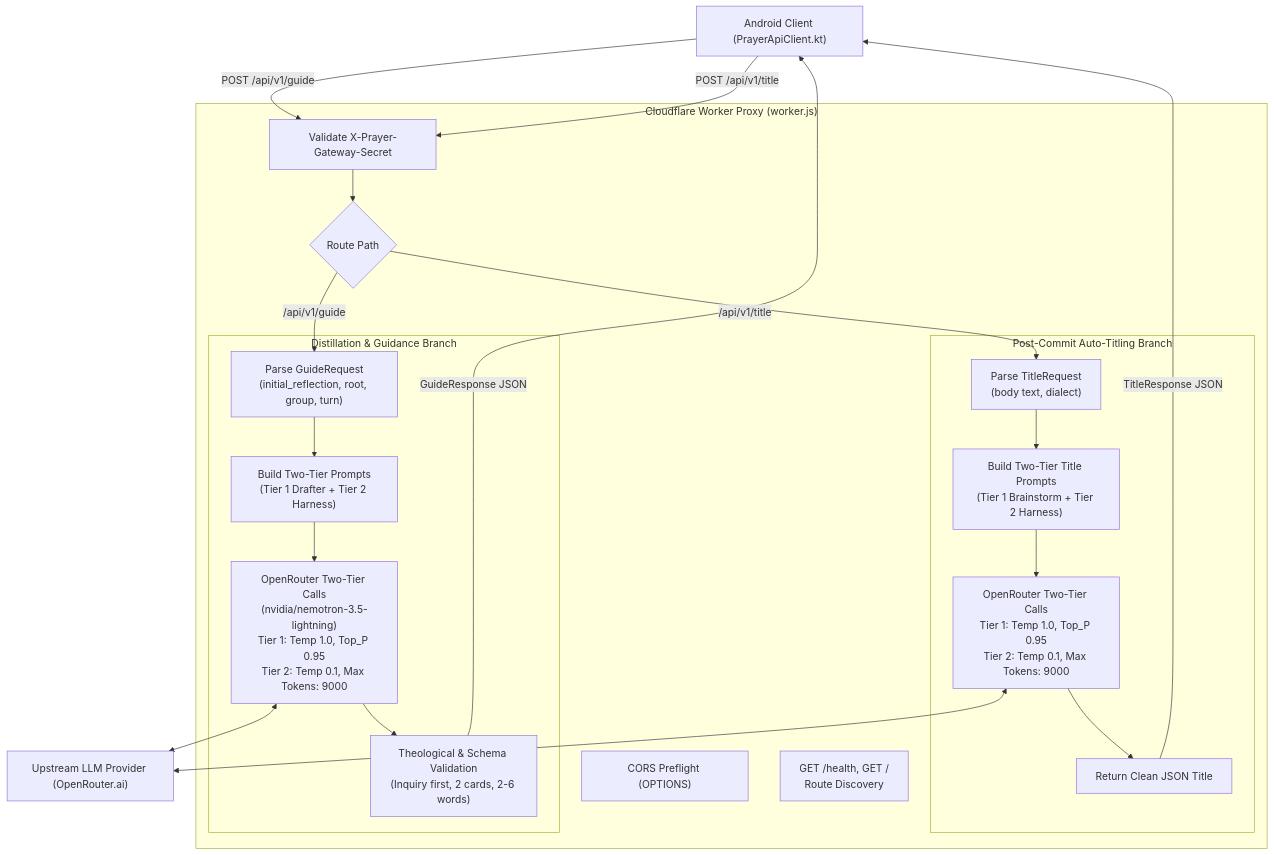
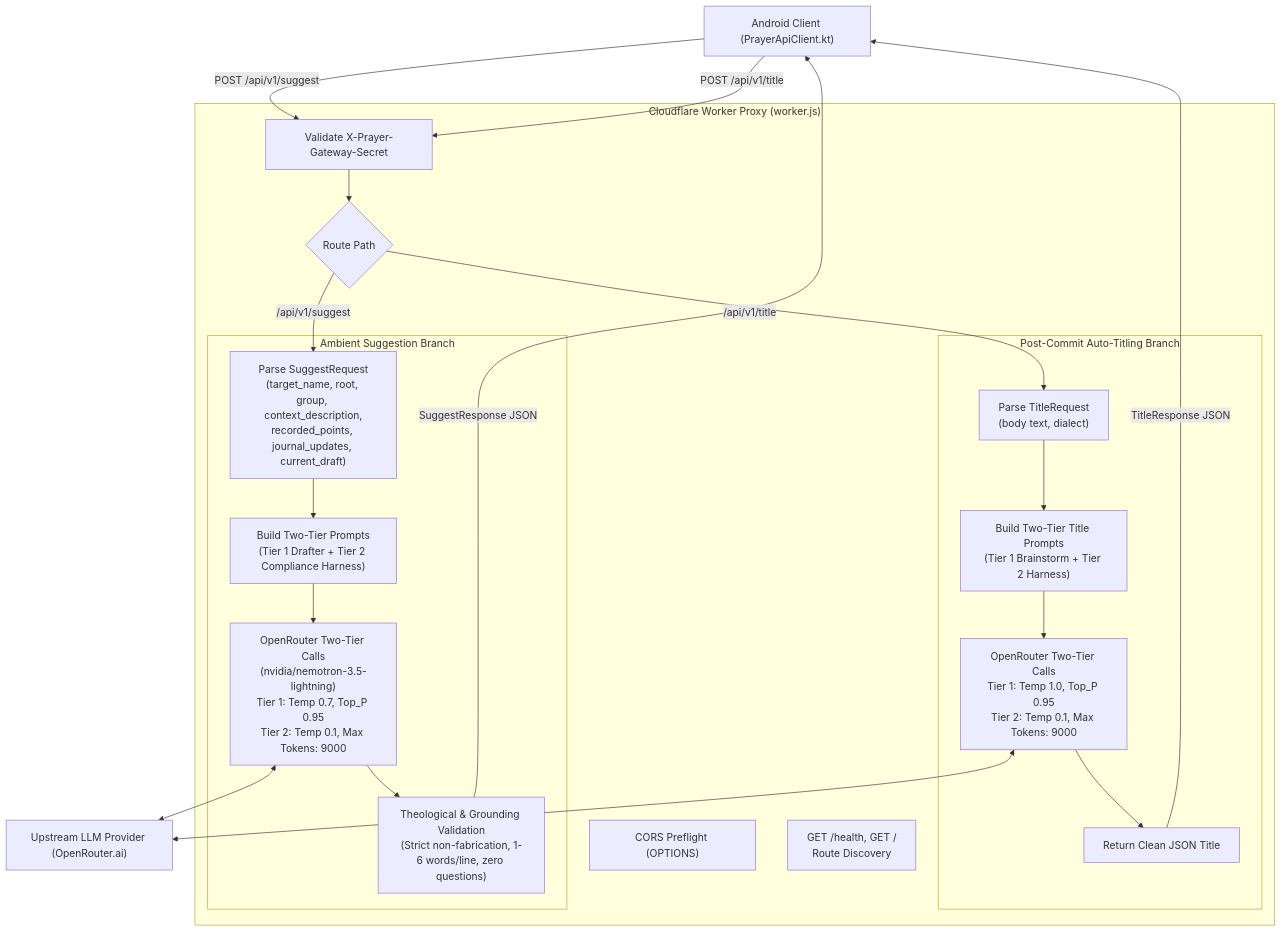
The fourth of 9 diagrams in planning/codebase_knowledge_graph.md (iamenianc/Prayer), drawn with Mermaid before and after one commit. The commit also changed other lines of this file and 5 other files, not shown here.

````diff
--- a/planning/codebase_knowledge_graph.md
+++ b/planning/codebase_knowledge_graph.md
@@ -206,45 +205,45 @@
 ```mermaid
 flowchart TD
     CLIENT["Android Client (PrayerApiClient.kt)"]
     
     subgraph CF_Worker ["Cloudflare Worker Proxy (worker.js)"]
         CORS["CORS Preflight (OPTIONS)"]
         HEALTH["GET /health, GET /<br/>Route Discovery"]
         AUTH["Validate X-Prayer-Gateway-Secret"]
         ROUTER{Route Path}
         
-        subgraph Guide_Branch ["Distillation & Guidance Branch"]
-            PARSE_GUIDE["Parse GuideRequest<br/>(initial_reflection, root, group, turn)"]
-            PROMPT_ASSISTANT["Build Two-Tier Prompts<br/>(Tier 1 Drafter + Tier 2 Harness)"]
-            CALL_GUIDE["OpenRouter Two-Tier Calls<br/>(nvidia/nemotron-3.5-lightning)<br/>Tier 1: Temp 1.0, Top_P 0.95<br/>Tier 2: Temp 0.1, Max Tokens: 9000"]
-            VALIDATE_GUIDE["Theological & Schema Validation<br/>(Inquiry first, 2 cards, 2-6 words)"]
+        subgraph Suggest_Branch ["Ambient Suggestion Branch"]
+            PARSE_SUGGEST["Parse SuggestRequest<br/>(target_name, root, group, context_description,<br/>recorded_points, journal_updates, current_draft)"]
+            PROMPT_SUGGEST["Build Two-Tier Prompts<br/>(Tier 1 Drafter + Tier 2 Compliance Harness)"]
+            CALL_SUGGEST["OpenRouter Two-Tier Calls<br/>(nvidia/nemotron-3.5-lightning)<br/>Tier 1: Temp 0.7, Top_P 0.95<br/>Tier 2: Temp 0.1, Max Tokens: 9000"]
+            VALIDATE_SUGGEST["Theological & Grounding Validation<br/>(Strict non-fabrication, 1-6 words/line, zero questions)"]
         end
 
         subgraph Title_Branch ["Post-Commit Auto-Titling Branch"]
             PARSE_TITLE["Parse TitleRequest<br/>(body text, dialect)"]
             PROMPT_TITLE["Build Two-Tier Title Prompts<br/>(Tier 1 Brainstorm + Tier 2 Harness)"]
             CALL_TITLE["OpenRouter Two-Tier Calls<br/>Tier 1: Temp 1.0, Top_P 0.95<br/>Tier 2: Temp 0.1, Max Tokens: 9000"]
             RETURN_TITLE["Return Clean JSON Title"]
         end
     end
 
     OPENROUTER["Upstream LLM Provider (OpenRouter.ai)"]
 
-    CLIENT -->|"POST /api/v1/guide"| AUTH
+    CLIENT -->|"POST /api/v1/suggest"| AUTH
     CLIENT -->|"POST /api/v1/title"| AUTH
     AUTH --> ROUTER
     
-    ROUTER -->|"/api/v1/guide"| PARSE_GUIDE
-    PARSE_GUIDE --> PROMPT_ASSISTANT
-    PROMPT_ASSISTANT --> CALL_GUIDE
-    CALL_GUIDE <--> OPENROUTER
-    CALL_GUIDE --> VALIDATE_GUIDE
-    VALIDATE_GUIDE -->|"GuideResponse JSON"| CLIENT
+    ROUTER -->|"/api/v1/suggest"| PARSE_SUGGEST
+    PARSE_SUGGEST --> PROMPT_SUGGEST
+    PROMPT_SUGGEST --> CALL_SUGGEST
+    CALL_SUGGEST <--> OPENROUTER
+    CALL_SUGGEST --> VALIDATE_SUGGEST
+    VALIDATE_SUGGEST -->|"SuggestResponse JSON"| CLIENT
 
     ROUTER -->|"/api/v1/title"| PARSE_TITLE
     PARSE_TITLE --> PROMPT_TITLE
     PROMPT_TITLE --> CALL_TITLE
     CALL_TITLE <--> OPENROUTER
     CALL_TITLE --> RETURN_TITLE
     RETURN_TITLE -->|"TitleResponse JSON"| CLIENT
 ```
````
